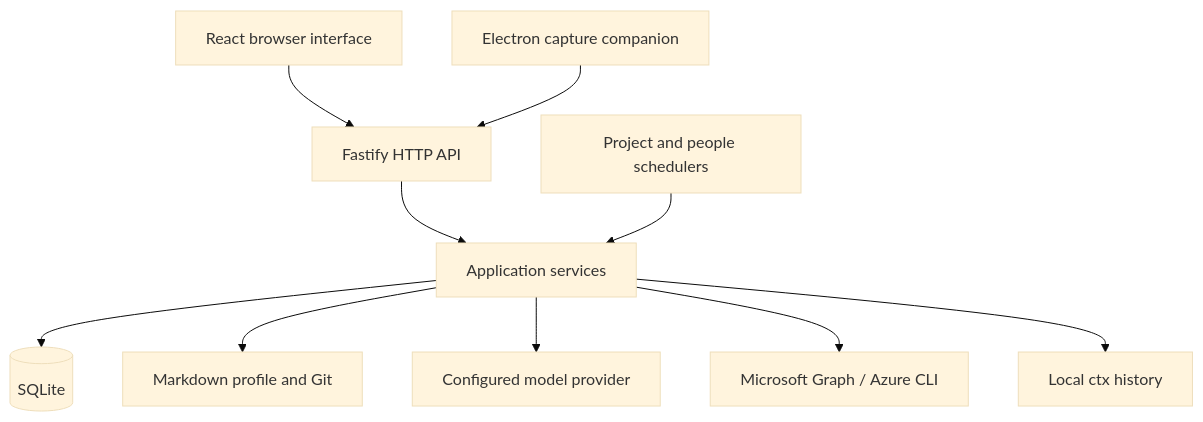
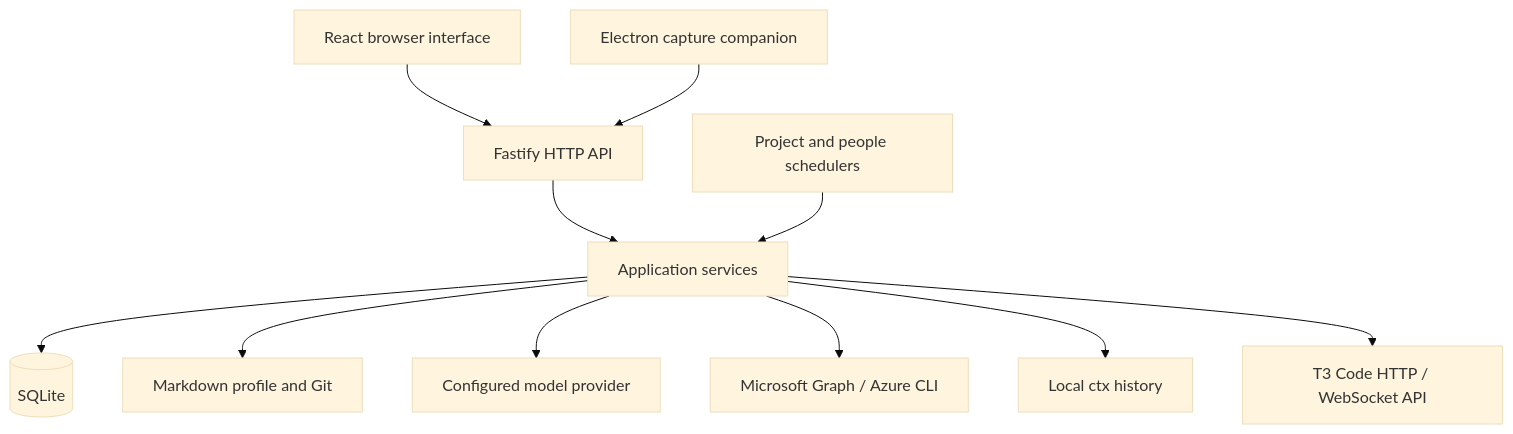
One commit to UrsLange/panopticon changed the diagram in docs/architecture.md. Above: the diagram before and after it, drawn with Mermaid (base theme). The commit also changed other lines of this file and 12 other files, not shown here.

````diff
--- a/docs/architecture.md
+++ b/docs/architecture.md
@@ -7,12 +7,13 @@
 ```mermaid
 flowchart TD
     Browser[React browser interface] --> HTTP[Fastify HTTP API]
     Desktop[Electron capture companion] --> HTTP
     HTTP --> Core[Application services]
     Schedulers[Project and people schedulers] --> Core
     Core --> SQLite[(SQLite)]
     Core --> Profile[Markdown profile and Git]
     Core --> Model[Configured model provider]
     Core --> Graph[Microsoft Graph / Azure CLI]
     Core --> CTX[Local ctx history]
+    Core --> T3[T3 Code HTTP / WebSocket API]
 ```
````
